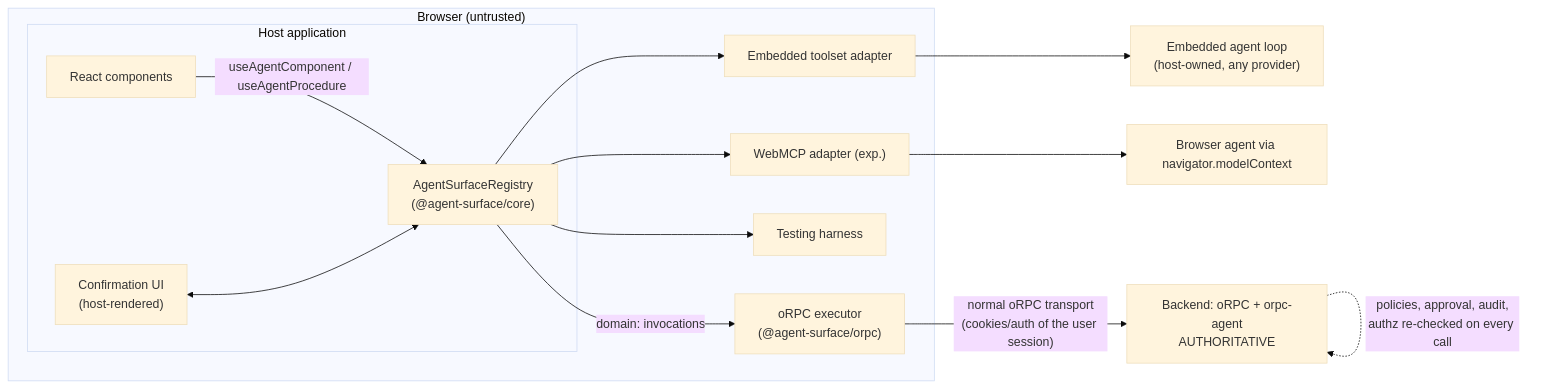
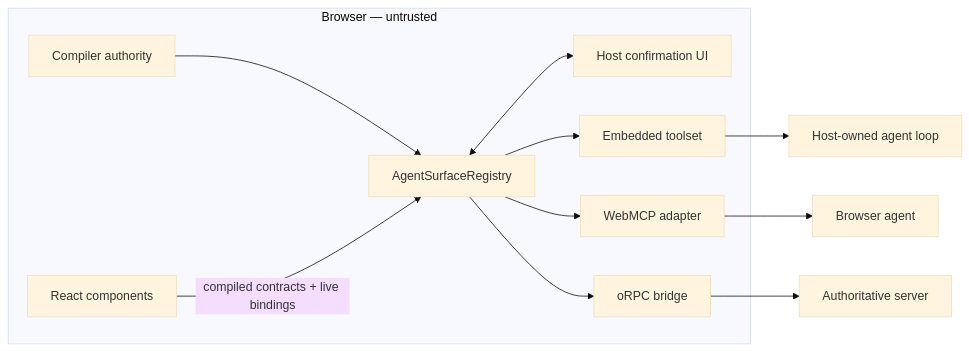
One commit to Wiseair-srl/agent-surface changed the second of 3 diagrams in docs/02-architecture.md. Above: the diagram before and after it, drawn with Mermaid (base theme). The commit also changed other lines of this file and 55 other files, not shown here.

First line of the commit message:
feat: close capability authority invariant; authorize external contracts

````diff
--- a/docs/02-architecture.md
+++ b/docs/02-architecture.md
@@ -83,17 +164,14 @@
 ```mermaid
 flowchart LR
-    subgraph Browser["Browser (untrusted)"]
-        subgraph App["Host application"]
-            RC["React components"] -- "useAgentComponent / useAgentProcedure" --> REG["AgentSurfaceRegistry\n(@agent-surface/core)"]
-            CONF["Confirmation UI\n(host-rendered)"] <--> REG
-        end
-        REG --> TS["Embedded toolset adapter"]
-        REG --> WM["WebMCP adapter (exp.)"]
-        REG --> TA["Testing harness"]
-        REG -- "domain: invocations" --> EXEC["oRPC executor\n(@agent-surface/orpc)"]
+    subgraph Browser["Browser — untrusted"]
+        Compiler["Compiler authority"] --> Registry["AgentSurfaceRegistry"]
+        Components["React components"] -- "compiled contracts + live bindings" --> Registry
+        Registry <--> Confirm["Host confirmation UI"]
+        Registry --> Tools["Embedded toolset"]
+        Registry --> WebMCP["WebMCP adapter"]
+        Registry --> Bridge["oRPC bridge"]
     end
-    TS --> LLM["Embedded agent loop\n(host-owned, any provider)"]
-    WM --> UA["Browser agent via navigator.modelContext"]
-    EXEC -- "normal oRPC transport\n(cookies/auth of the user session)" --> SRV["Backend: oRPC + orpc-agent\nAUTHORITATIVE"]
-    SRV -.->|"policies, approval, audit,\nauthz re-checked on every call"| SRV
+    Tools --> Agent["Host-owned agent loop"]
+    WebMCP --> BrowserAgent["Browser agent"]
+    Bridge --> Server["Authoritative server"]
 ```
````
